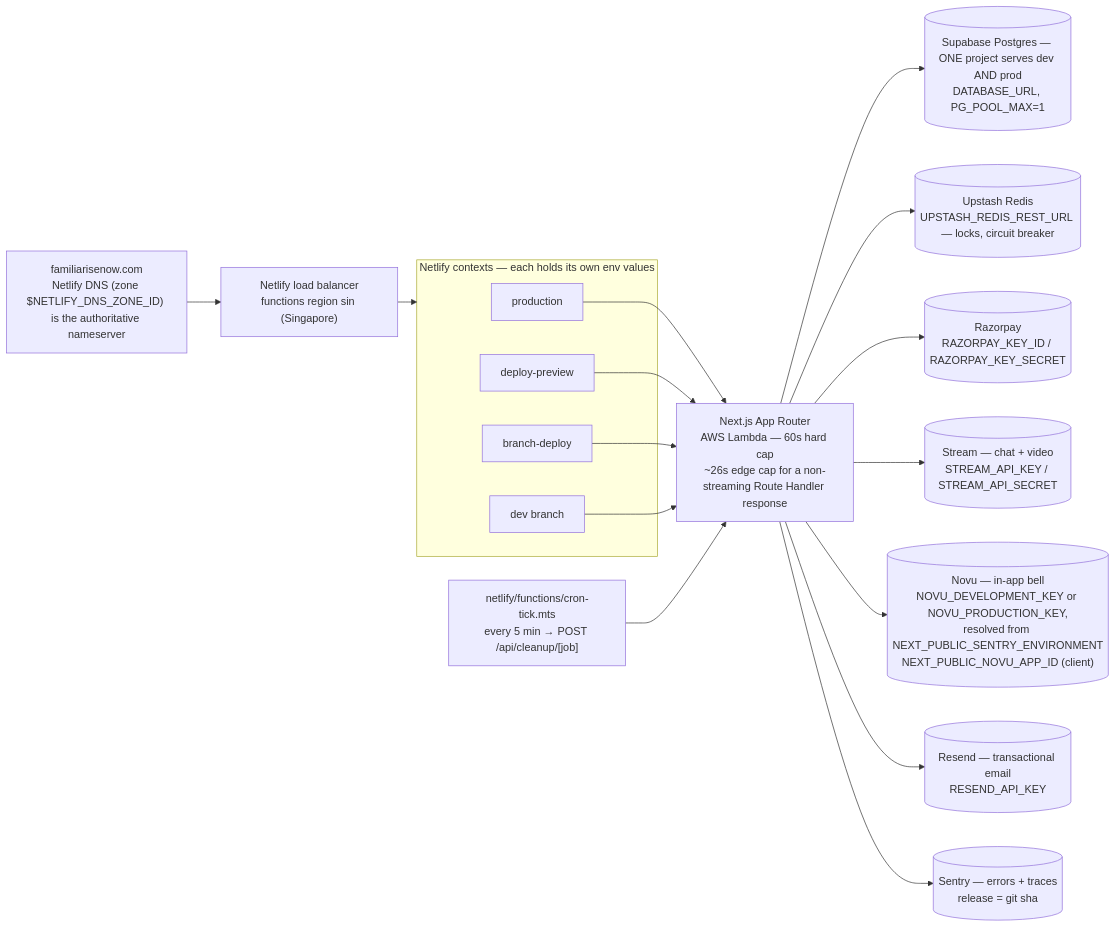
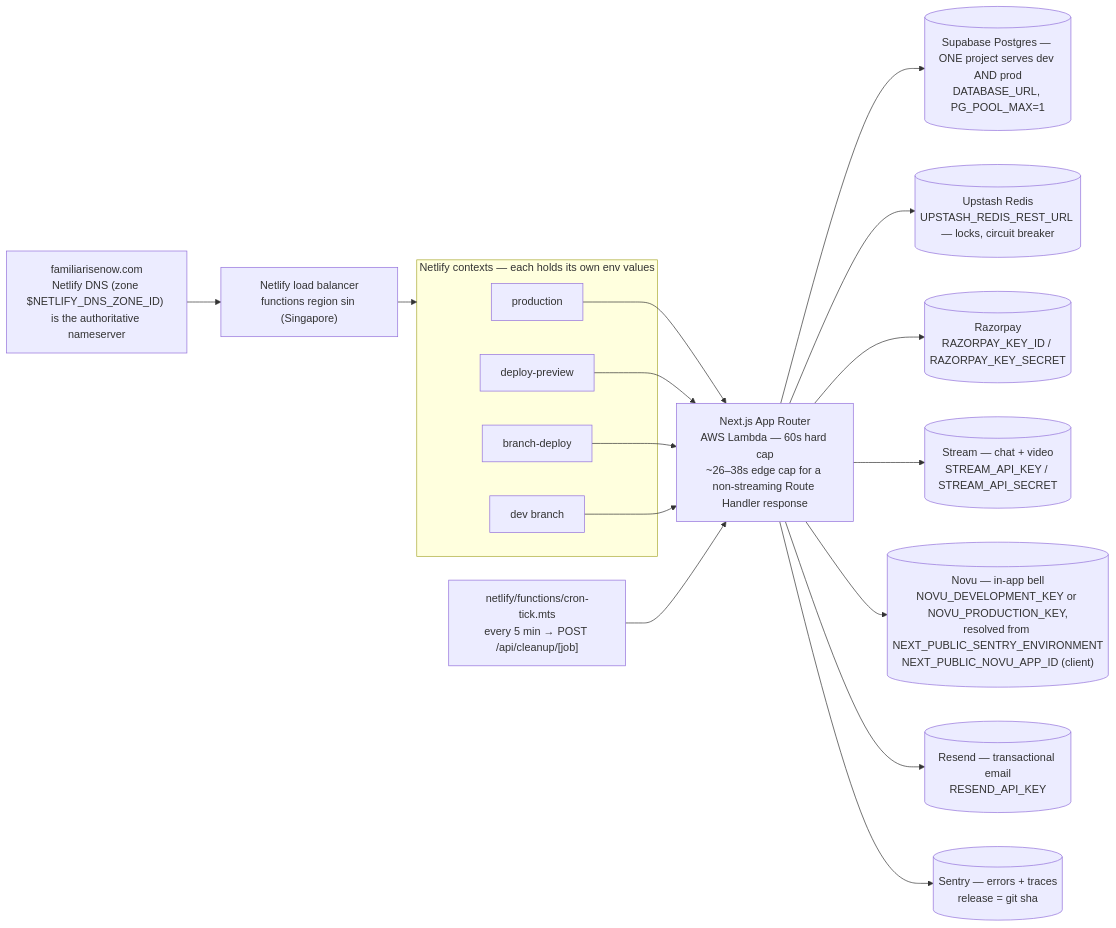
The diagram in docs/deployment/netlify.md (Practitionist/familiarise_web), drawn with Mermaid before and after one commit. The commit also changed other lines of this file and 5 other files, not shown here.

````diff
--- a/docs/deployment/netlify.md
+++ b/docs/deployment/netlify.md
@@ -46,34 +48,34 @@
 ```mermaid
 flowchart LR
   DNS["familiarisenow.com<br/>Netlify DNS (zone $NETLIFY_DNS_ZONE_ID) is the authoritative nameserver"]
   LB["Netlify load balancer<br/>functions region sin (Singapore)"]
   subgraph Contexts["Netlify contexts — each holds its own env values"]
     PROD["production"]
     PREVIEW["deploy-preview"]
     BRANCH["branch-deploy"]
     DEV["dev branch"]
   end
-  APP["Next.js App Router<br/>AWS Lambda — 60s hard cap<br/>~26s edge cap for a non-streaming Route Handler response"]
+  APP["Next.js App Router<br/>AWS Lambda — 60s hard cap<br/>~26–38s edge cap for a non-streaming Route Handler response"]
   TICK["netlify/functions/cron-tick.mts<br/>every 5 min → POST /api/cleanup/[job]"]
   DB[("Supabase Postgres — ONE project serves dev AND prod<br/>DATABASE_URL, PG_POOL_MAX=1")]
   REDIS[("Upstash Redis<br/>UPSTASH_REDIS_REST_URL — locks, circuit breaker")]
   RZP[("Razorpay<br/>RAZORPAY_KEY_ID / RAZORPAY_KEY_SECRET")]
   STREAM[("Stream — chat + video<br/>STREAM_API_KEY / STREAM_API_SECRET")]
   NOVU[("Novu — in-app bell<br/>NOVU_DEVELOPMENT_KEY or NOVU_PRODUCTION_KEY,<br/>resolved from NEXT_PUBLIC_SENTRY_ENVIRONMENT<br/>NEXT_PUBLIC_NOVU_APP_ID (client)")]
   RESEND[("Resend — transactional email<br/>RESEND_API_KEY")]
   SENTRY[("Sentry — errors + traces<br/>release = git sha")]
 
   DNS --> LB --> Contexts
   PROD --> APP
   PREVIEW --> APP
   BRANCH --> APP
   DEV --> APP
   APP --> DB
   APP --> REDIS
   APP --> RZP
   APP --> STREAM
   APP --> NOVU
   APP --> RESEND
   APP --> SENTRY
   TICK --> APP
 ```
````
